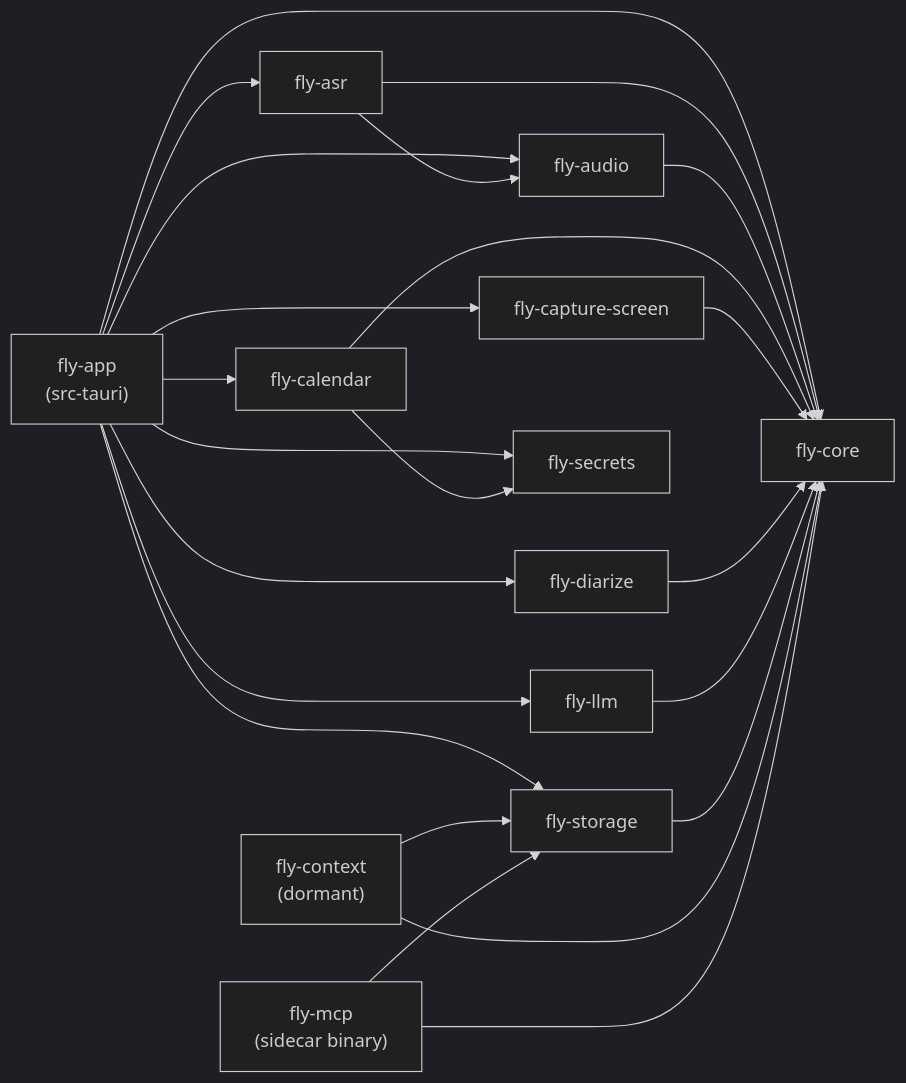
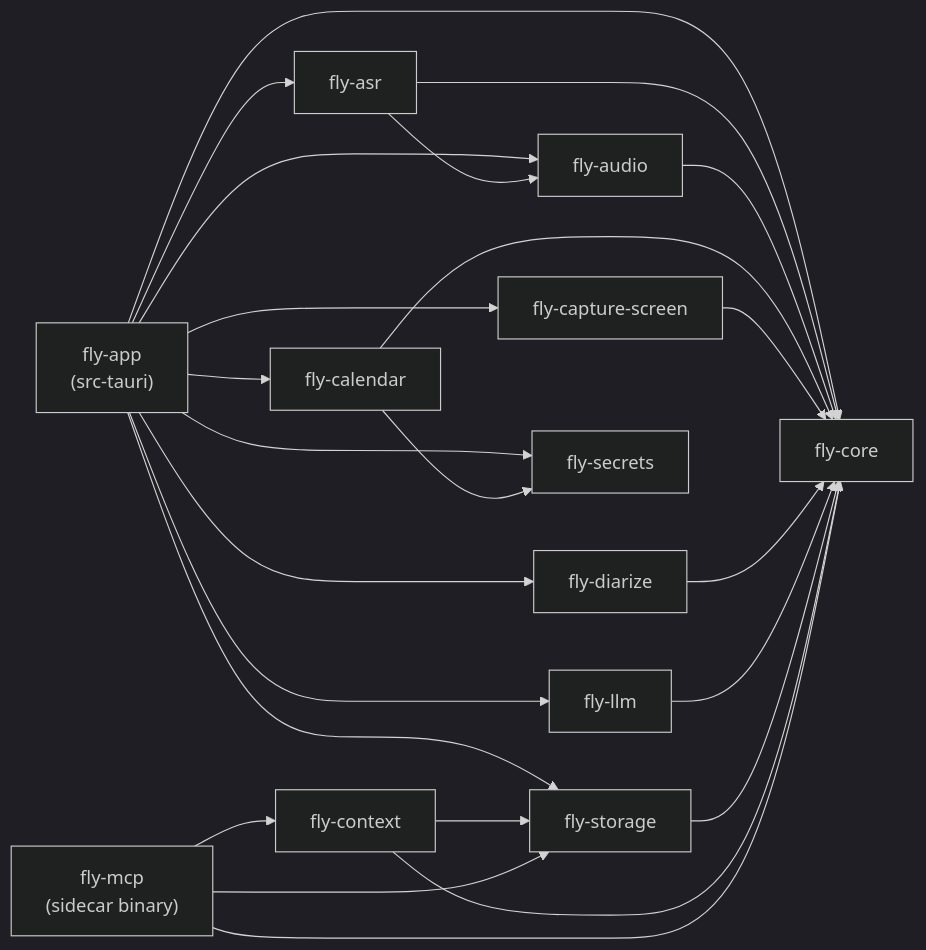
The first of 2 diagrams in docs/components/README.md (swarnavspujari/fly-on-the-wall), drawn with Mermaid (dark theme) before and after one commit. The commit also changed other lines of this file and 2 other files, not shown here.

Commit message:
docs(components): fly-context memory and fan-out, fly-mcp on the shared layer

````diff
--- a/docs/components/README.md
+++ b/docs/components/README.md
@@ -82,26 +82,26 @@
 ```mermaid
 flowchart LR
   app["fly-app<br/>(src-tauri)"]
   mcp["fly-mcp<br/>(sidecar binary)"]
-  ctx["fly-context<br/>(dormant)"]
+  ctx["fly-context"]
   core["fly-core"]
   audio["fly-audio"]
   asr["fly-asr"]
   diar["fly-diarize"]
   llm["fly-llm"]
   cal["fly-calendar"]
   cap["fly-capture-screen"]
   sto["fly-storage"]
   sec["fly-secrets"]
 
   app --> asr & audio & cal & cap & core & diar & llm & sec & sto
   asr --> audio & core
   audio --> core
   cal --> core & sec
   cap --> core
   diar --> core
   llm --> core
   sto --> core
   ctx --> core & sto
-  mcp --> core & sto
+  mcp --> core & ctx & sto
 ```
````
